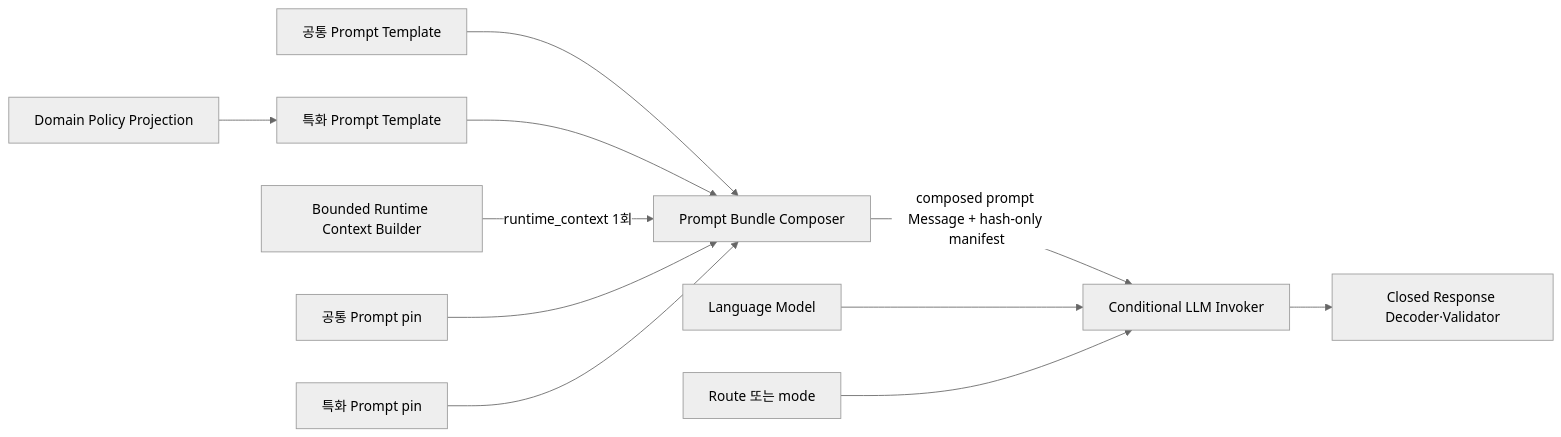
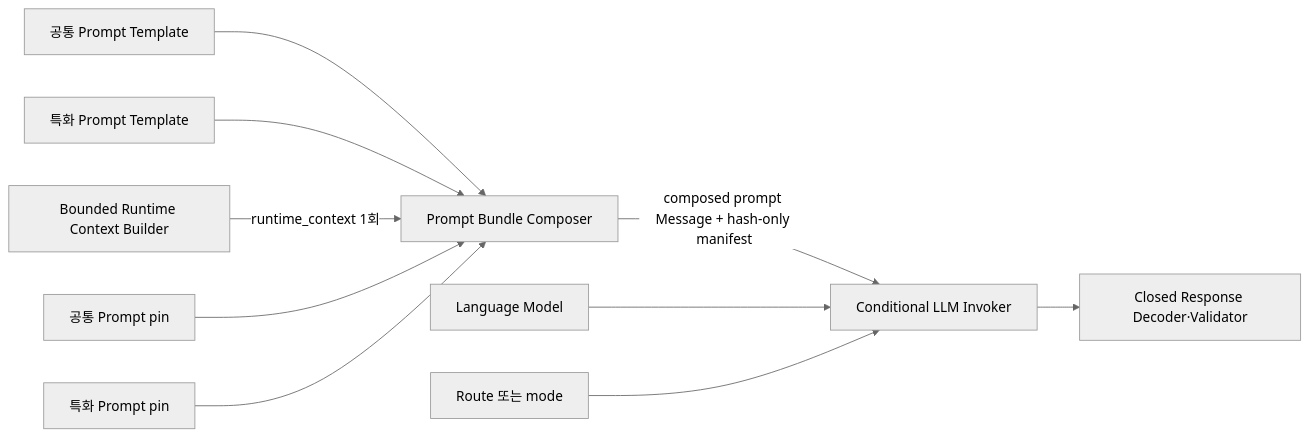
The first of 2 diagrams in harness/contracts/PROMPTS.md (bongG-moon/metadata_driven_v6), drawn with Mermaid (neutral theme) before and after one commit. The commit also changed other lines of this file and 104 other files, not shown here.

Commit message:
Simplify v6 flows and metadata persistence

````diff
--- a/harness/contracts/PROMPTS.md
+++ b/harness/contracts/PROMPTS.md
@@ -42,13 +42,12 @@
 ```mermaid
 flowchart LR
     C["공통 Prompt Template"] --> P["Prompt Bundle Composer"]
     S["특화 Prompt Template"] --> P
     V["Bounded Runtime Context Builder"] -->|"runtime_context 1회"| P
-    D["Domain Policy Projection"] --> S
     HC["공통 Prompt pin"] --> P
     HS["특화 Prompt pin"] --> P
     P -->|"composed prompt Message + hash-only manifest"| G["Conditional LLM Invoker"]
     M["Language Model"] --> G
     R["Route 또는 mode"] --> G
     G --> X["Closed Response Decoder·Validator"]
 ```
````
